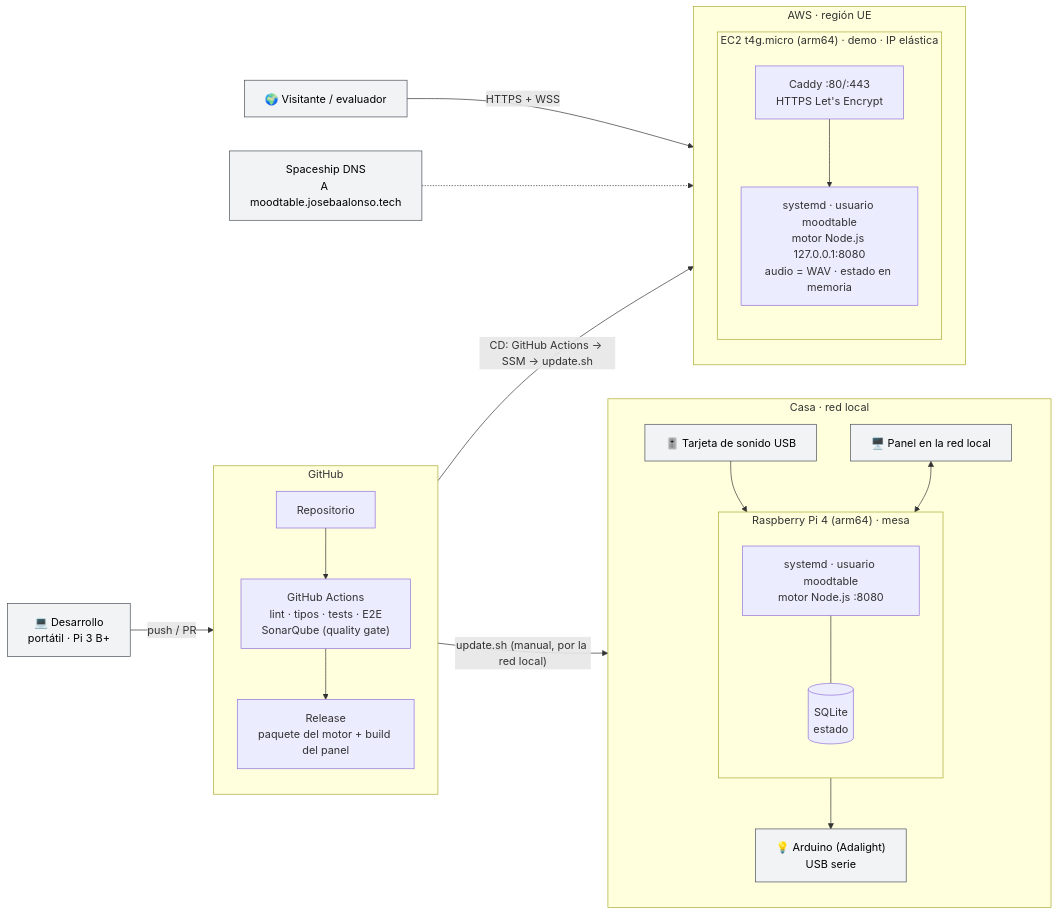
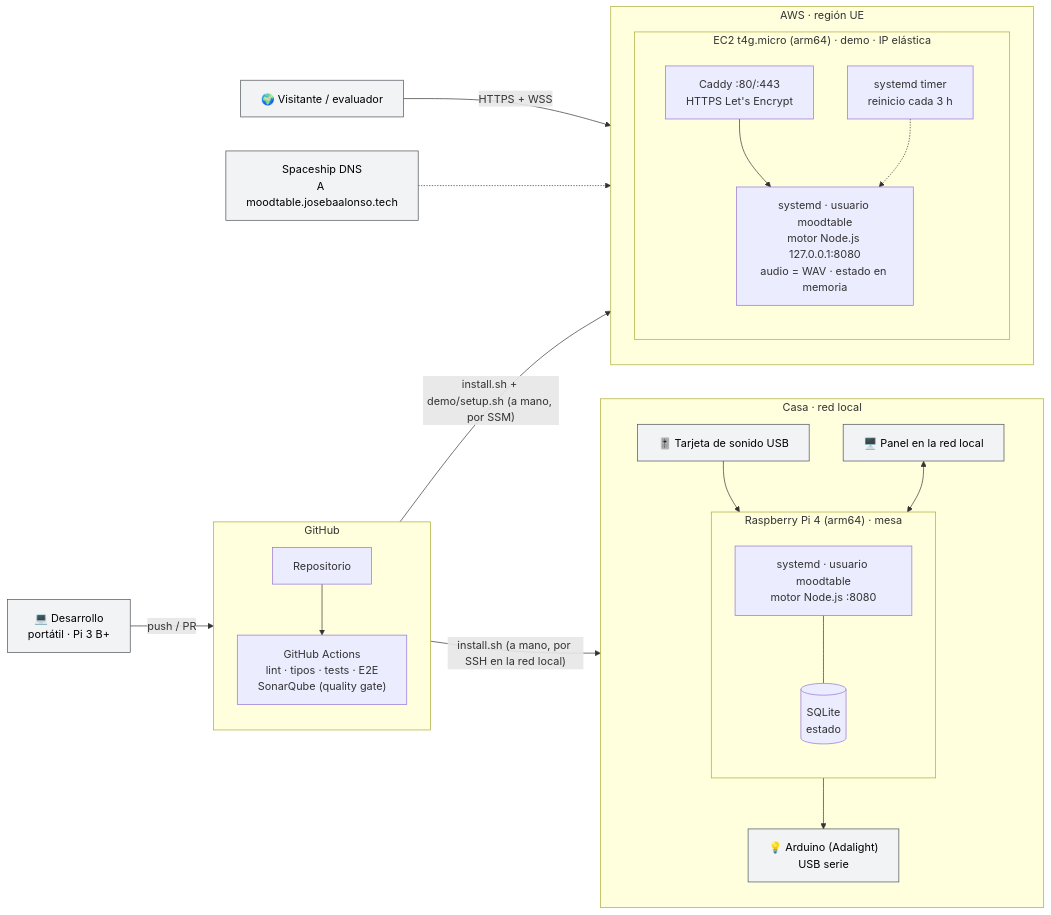
Before and after one commit to 7daysofrain/mood-table-v2: the third of 4 diagrams in readme.md, drawn with Mermaid. The commit also changed other lines of this file, not shown here.

First line of the commit message:
docs: contar en el README la demo pública desplegada a mano (D125)

````diff
--- a/readme.md
+++ b/readme.md
@@ -523,50 +519,51 @@
 ```mermaid
 flowchart LR
   dev["💻 Desarrollo<br/>portátil · Pi 3 B+"]
 
   subgraph gh["GitHub"]
     direction TB
     repo["Repositorio"]
     ci["GitHub Actions<br/>lint · tipos · tests · E2E<br/>SonarQube (quality gate)"]
-    rel["Release<br/>paquete del motor + build del panel"]
-    repo --> ci --> rel
+    repo --> ci
   end
 
   subgraph home["Casa · red local"]
     direction TB
     subgraph pi["Raspberry Pi 4 (arm64) · mesa"]
       direction TB
       svcPi["systemd · usuario moodtable<br/>motor Node.js :8080"]
       db[("SQLite<br/>estado")]
       svcPi --- db
     end
     lb["💡 Arduino (Adalight)<br/>USB serie"]
     snd["🎚️ Tarjeta de sonido USB"]
     lan["🖥️ Panel en la red local"]
     svcPi --> lb
     snd --> svcPi
     lan <--> svcPi
   end
 
   subgraph aws["AWS · región UE"]
     direction TB
     subgraph ec2["EC2 t4g.micro (arm64) · demo · IP elástica"]
       direction TB
       caddy["Caddy :80/:443<br/>HTTPS Let's Encrypt"]
       svcDemo["systemd · usuario moodtable<br/>motor Node.js 127.0.0.1:8080<br/>audio = WAV · estado en memoria"]
+      timer["systemd timer<br/>reinicio cada 3 h"]
       caddy --> svcDemo
+      timer -.-> svcDemo
     end
   end
 
   dns["Spaceship DNS<br/>A moodtable.josebaalonso.tech"]
   visitor["🌍 Visitante / evaluador"]
 
   dev -- "push / PR" --> repo
-  rel -- "update.sh (manual, por la red local)" --> svcPi
-  rel -- "CD: GitHub Actions → SSM → update.sh" --> svcDemo
+  repo -- "install.sh (a mano, por SSH en la red local)" --> svcPi
+  repo -- "install.sh + demo/setup.sh (a mano, por SSM)" --> svcDemo
   visitor -- "HTTPS + WSS" --> caddy
   dns -.-> caddy
 
   classDef ext fill:#f1f3f5,stroke:#495057,color:#000
   class dev,visitor,dns,lb,snd,lan ext
 ```
````
